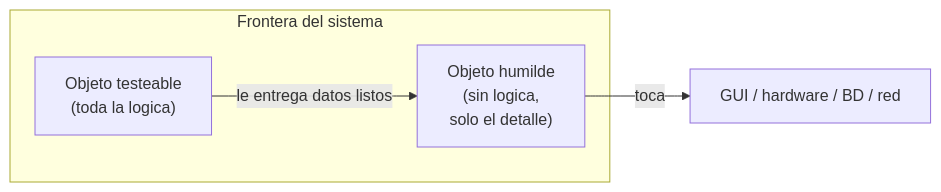
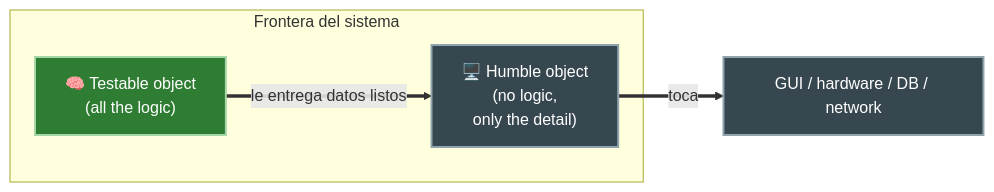
One commit to JavierMachucaA/clean-architecture-guia changed the first of 3 diagrams in 09-presenters-humble-objects/01-humble-object-pattern.md. Above: the diagram before and after it, drawn with Mermaid. The commit also changed other lines of this file and 45 other files, not shown here.

````diff
--- a/09-presenters-humble-objects/01-humble-object-pattern.md
+++ b/09-presenters-humble-objects/01-humble-object-pattern.md
@@ -18,9 +18,13 @@
 ```mermaid
 flowchart LR
     subgraph Frontera["Frontera del sistema"]
-        T["Objeto testeable<br/>(toda la logica)"]
-        H["Objeto humilde<br/>(sin logica,<br/>solo el detalle)"]
+        T["🧠 Testable object<br/>(all the logic)"]
+        H["🖥️ Humble object<br/>(no logic,<br/>only the detail)"]
     end
-    T -->|le entrega datos listos| H
-    H -->|toca| DET["GUI / hardware / BD / red"]
+    T ==>|le entrega datos listos| H
+    H ==>|toca| DET["GUI / hardware / DB / network"]
+
+    style T fill:#2e7d32,stroke:#a5d6a7,color:#fff,stroke-width:2px
+    style H fill:#37474f,stroke:#90a4ae,color:#fff,stroke-width:2px
+    style DET fill:#37474f,stroke:#90a4ae,color:#fff,stroke-width:2px
 ```
````
